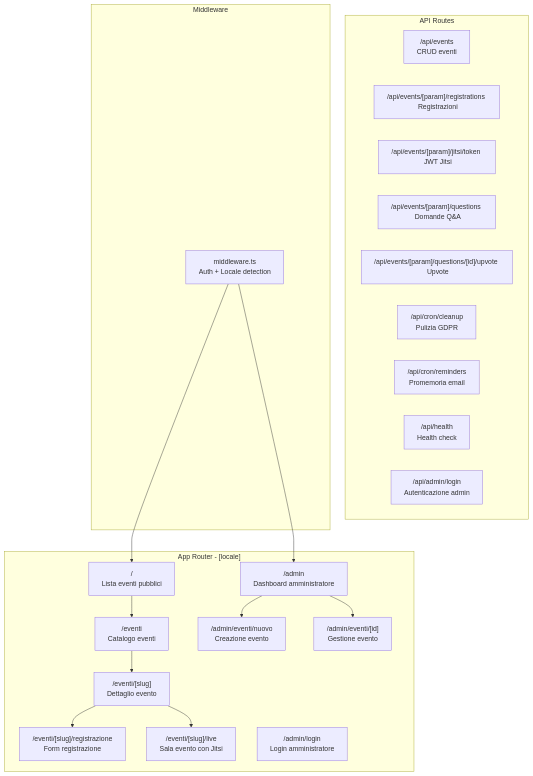
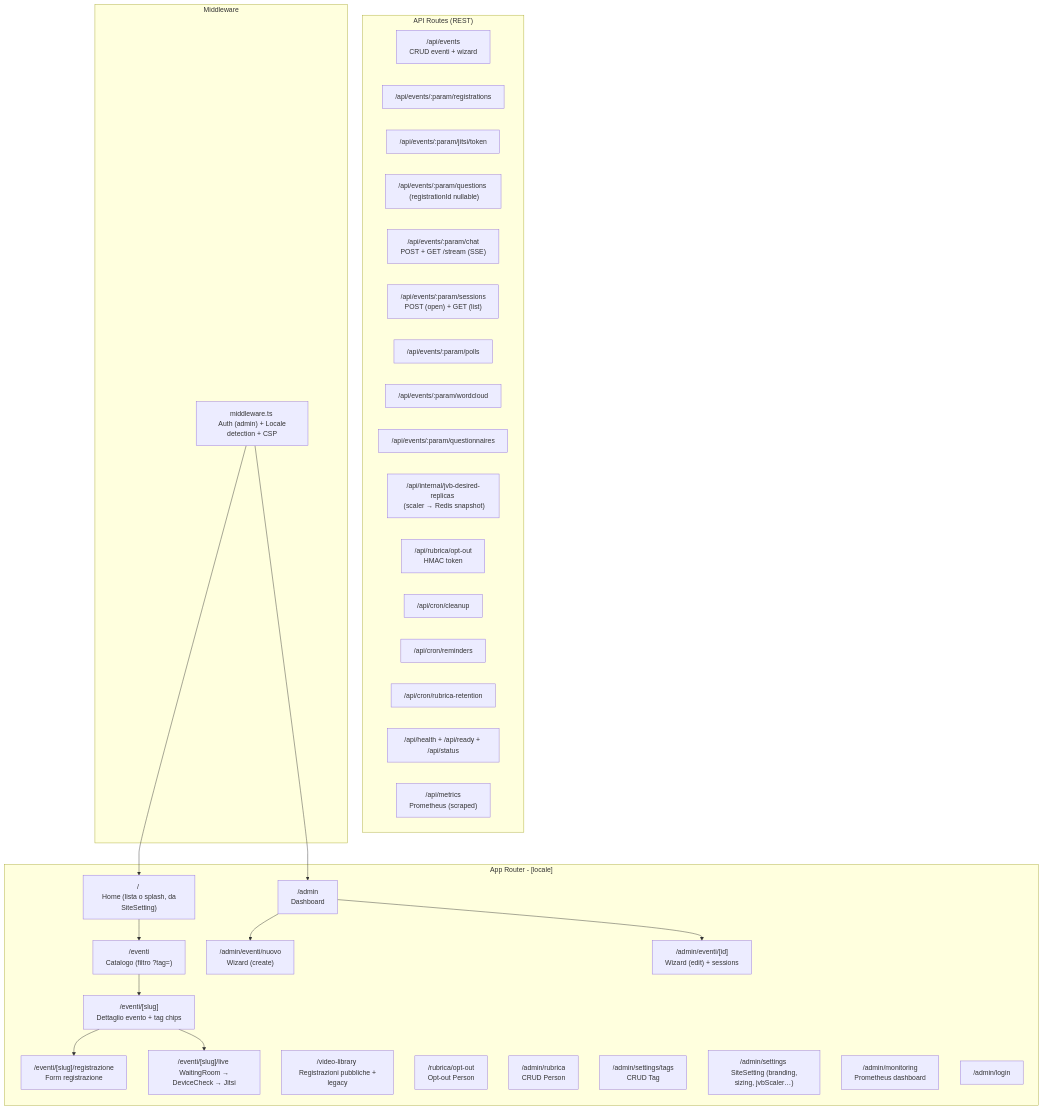
One commit to italia/pa-webinar changed the second of 18 diagrams in docs/ARCHITECTURE.md. Above: the diagram before and after it, drawn with Mermaid. The commit also changed other lines of this file and 8 other files, not shown here.

````diff
--- a/docs/ARCHITECTURE.md
+++ b/docs/ARCHITECTURE.md
@@ -79,39 +79,52 @@
 ```mermaid
 graph TD
     subgraph "App Router - [locale]"
-        HOME["/ <br/> Lista eventi pubblici"]
-        EVENTS["/eventi <br/> Catalogo eventi"]
-        DETAIL["/eventi/[slug] <br/> Dettaglio evento"]
+        HOME["/ <br/> Home (lista o splash, da SiteSetting)"]
+        EVENTS["/eventi <br/> Catalogo (filtro ?tag=)"]
+        DETAIL["/eventi/[slug] <br/> Dettaglio evento + tag chips"]
         REG["/eventi/[slug]/registrazione <br/> Form registrazione"]
-        LIVE["/eventi/[slug]/live <br/> Sala evento con Jitsi"]
-        ADMIN["/admin <br/> Dashboard amministratore"]
-        ADMIN_NEW["/admin/eventi/nuovo <br/> Creazione evento"]
-        ADMIN_EDIT["/admin/eventi/[id] <br/> Gestione evento"]
-        ADMIN_LOGIN["/admin/login <br/> Login amministratore"]
+        LIVE["/eventi/[slug]/live <br/> WaitingRoom → DeviceCheck → Jitsi"]
+        VIDLIB["/video-library <br/> Registrazioni pubbliche + legacy"]
+        RUBRICA_OPTOUT["/rubrica/opt-out <br/> Opt-out Person"]
+        ADMIN["/admin <br/> Dashboard"]
+        ADMIN_NEW["/admin/eventi/nuovo <br/> Wizard (create)"]
+        ADMIN_EDIT["/admin/eventi/[id] <br/> Wizard (edit) + sessions"]
+        ADMIN_RUB["/admin/rubrica <br/> CRUD Person"]
+        ADMIN_TAGS["/admin/settings/tags <br/> CRUD Tag"]
+        ADMIN_SET["/admin/settings <br/> SiteSetting (branding, sizing, jvbScaler…)"]
+        ADMIN_MON["/admin/monitoring <br/> Prometheus dashboard"]
+        ADMIN_LOGIN["/admin/login"]
     end
 
-    subgraph "API Routes"
-        API_EVENTS["/api/events <br/> CRUD eventi"]
-        API_REG["/api/events/[param]/registrations <br/> Registrazioni"]
-        API_JWT["/api/events/[param]/jitsi/token <br/> JWT Jitsi"]
-        API_QA["/api/events/[param]/questions <br/> Domande Q&A"]
-        API_UPVOTE["/api/events/[param]/questions/[id]/upvote <br/> Upvote"]
-        API_CRON_CLEAN["/api/cron/cleanup <br/> Pulizia GDPR"]
-        API_CRON_REMIND["/api/cron/reminders <br/> Promemoria email"]
-        API_HEALTH["/api/health <br/> Health check"]
-        API_ADMIN_LOGIN["/api/admin/login <br/> Autenticazione admin"]
+    subgraph "API Routes (REST)"
+        API_EVENTS["/api/events <br/> CRUD eventi + wizard"]
+        API_REG["/api/events/:param/registrations"]
+        API_JWT["/api/events/:param/jitsi/token"]
+        API_QA["/api/events/:param/questions <br/> (registrationId nullable)"]
+        API_CHAT["/api/events/:param/chat <br/> POST + GET /stream (SSE)"]
+        API_SESS["/api/events/:param/sessions <br/> POST (open) + GET (list)"]
+        API_POLLS["/api/events/:param/polls"]
+        API_WC["/api/events/:param/wordcloud"]
+        API_QNR["/api/events/:param/questionnaires"]
+        API_SCALER["/api/internal/jvb-desired-replicas <br/> (scaler → Redis snapshot)"]
+        API_OPTOUT["/api/rubrica/opt-out <br/> HMAC token"]
+        API_CRON_CLEAN["/api/cron/cleanup"]
+        API_CRON_REMIND["/api/cron/reminders"]
+        API_CRON_RUB["/api/cron/rubrica-retention"]
+        API_HEALTH["/api/health + /api/ready + /api/status"]
+        API_METRICS["/api/metrics <br/> Prometheus (scraped)"]
     end
 
     subgraph "Middleware"
-        MW["middleware.ts <br/> Auth + Locale detection"]
+        MW["middleware.ts <br/> Auth (admin) + Locale detection + CSP"]
     end
 
     MW --> HOME
     MW --> ADMIN
     HOME --> EVENTS
     EVENTS --> DETAIL
     DETAIL --> REG
     DETAIL --> LIVE
     ADMIN --> ADMIN_NEW
     ADMIN --> ADMIN_EDIT
 ```
````
